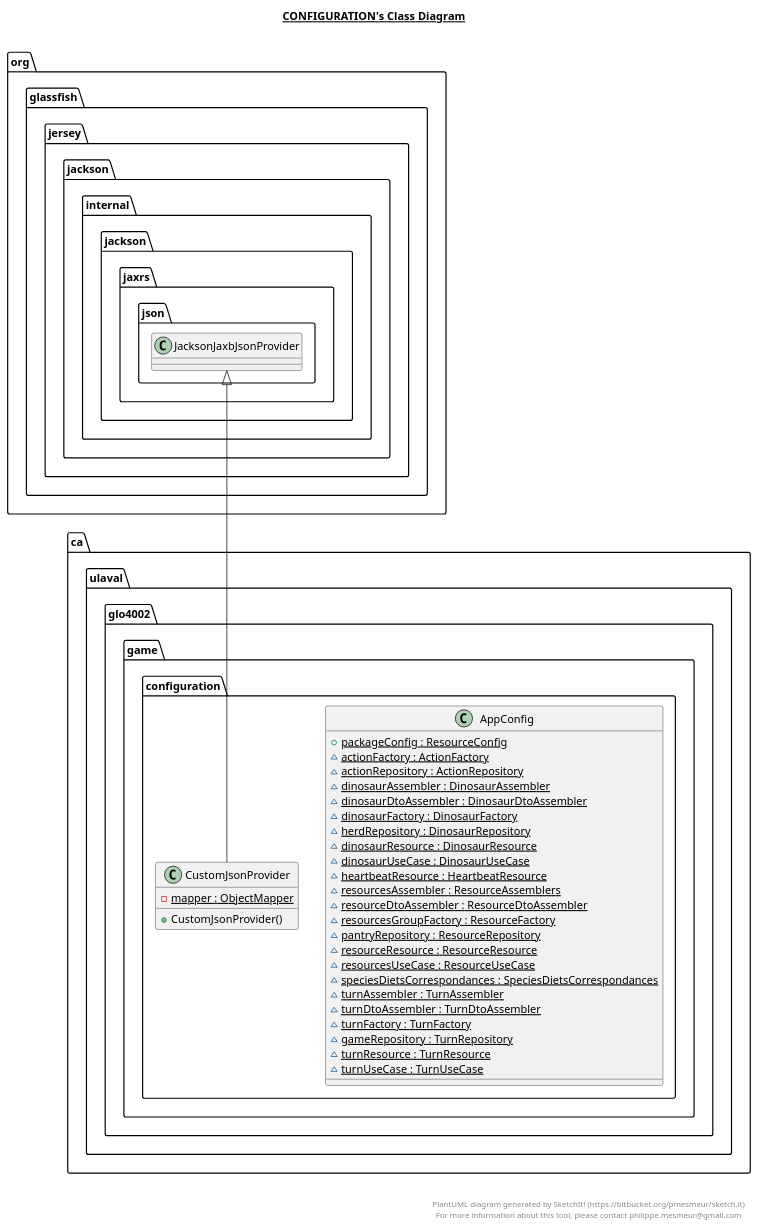
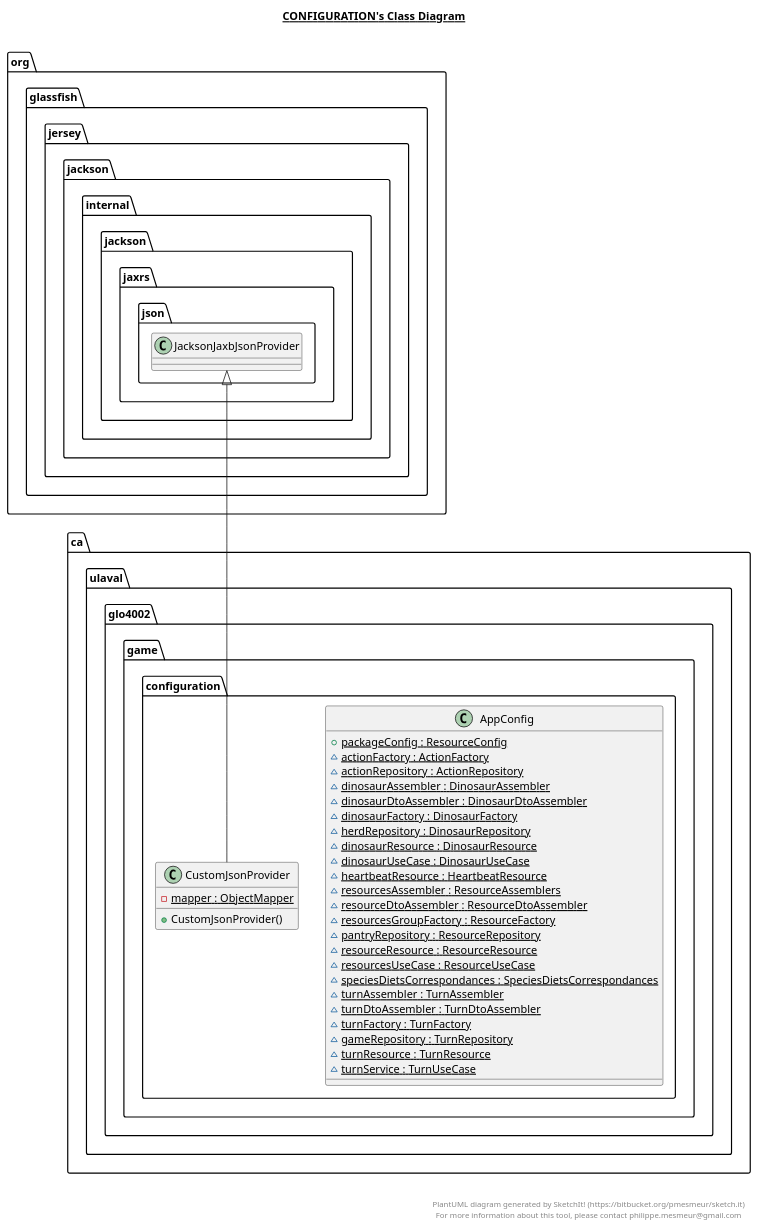
One commit to MALEC321/MEP7 changed the diagram in game-api/src/main/java/ca/ulaval/glo4002/game/application/configuration/configuration.plantuml. Above: the diagram before and after it, drawn with PlantUML. The commit also changed 26 other files, not shown here.

Commit message:
add TestTurnService + remove GROW + cleaning

```diff
--- a/game-api/src/main/java/ca/ulaval/glo4002/game/application/configuration/configuration.plantuml
+++ b/game-api/src/main/java/ca/ulaval/glo4002/game/application/configuration/configuration.plantuml
@@ -1,56 +1,56 @@
 @startuml
 
 title __CONFIGURATION's Class Diagram__\n
 
     namespace ca.ulaval.glo4002.game {
       namespace configuration {
         class ca.ulaval.glo4002.game.configuration.AppConfig {
             {static} + packageConfig : ResourceConfig
             {static} ~ actionFactory : ActionFactory
             {static} ~ actionRepository : ActionRepository
             {static} ~ dinosaurAssembler : DinosaurAssembler
             {static} ~ dinosaurDtoAssembler : DinosaurDtoAssembler
             {static} ~ dinosaurFactory : DinosaurFactory
             {static} ~ herdRepository : DinosaurRepository
             {static} ~ dinosaurResource : DinosaurResource
             {static} ~ dinosaurUseCase : DinosaurUseCase
             {static} ~ heartbeatResource : HeartbeatResource
             {static} ~ resourcesAssembler : ResourceAssemblers
             {static} ~ resourceDtoAssembler : ResourceDtoAssembler
             {static} ~ resourcesGroupFactory : ResourceFactory
             {static} ~ pantryRepository : ResourceRepository
             {static} ~ resourceResource : ResourceResource
             {static} ~ resourcesUseCase : ResourceUseCase
             {static} ~ speciesDietsCorrespondances : SpeciesDietsCorrespondances
             {static} ~ turnAssembler : TurnAssembler
             {static} ~ turnDtoAssembler : TurnDtoAssembler
             {static} ~ turnFactory : TurnFactory
             {static} ~ gameRepository : TurnRepository
             {static} ~ turnResource : TurnResource
-            {static} ~ turnUseCase : TurnUseCase
+            {static} ~ turnService : TurnUseCase
         }
       }
     }
   
 
     namespace ca.ulaval.glo4002.game {
       namespace configuration {
         class ca.ulaval.glo4002.game.configuration.CustomJsonProvider {
             {static} - mapper : ObjectMapper
             + CustomJsonProvider()
         }
       }
     }
   
 
   ca.ulaval.glo4002.game.configuration.CustomJsonProvider -up-|> org.glassfish.jersey.jackson.internal.jackson.jaxrs.json.JacksonJaxbJsonProvider
 
 
 right footer
 
 
 PlantUML diagram generated by SketchIt! (https://bitbucket.org/pmesmeur/sketch.it)
 For more information about this tool, please contact philippe.mesmeur@gmail.com
 endfooter
 
 @enduml
```
